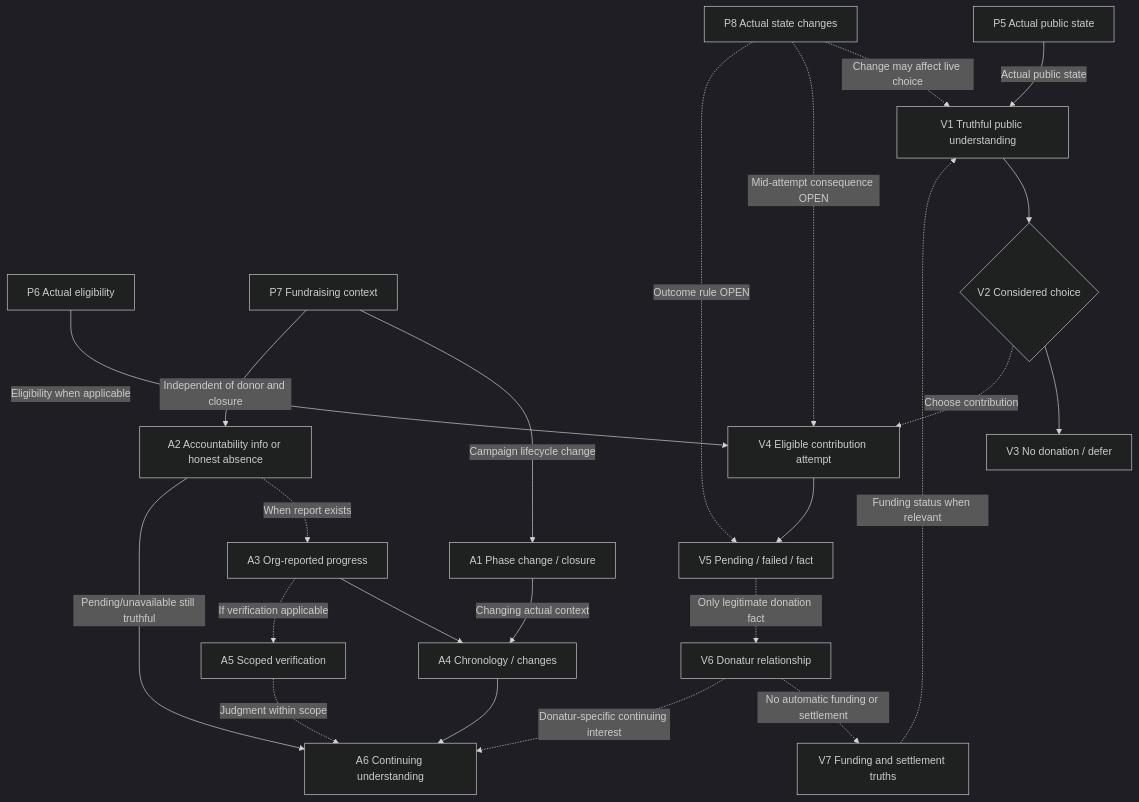
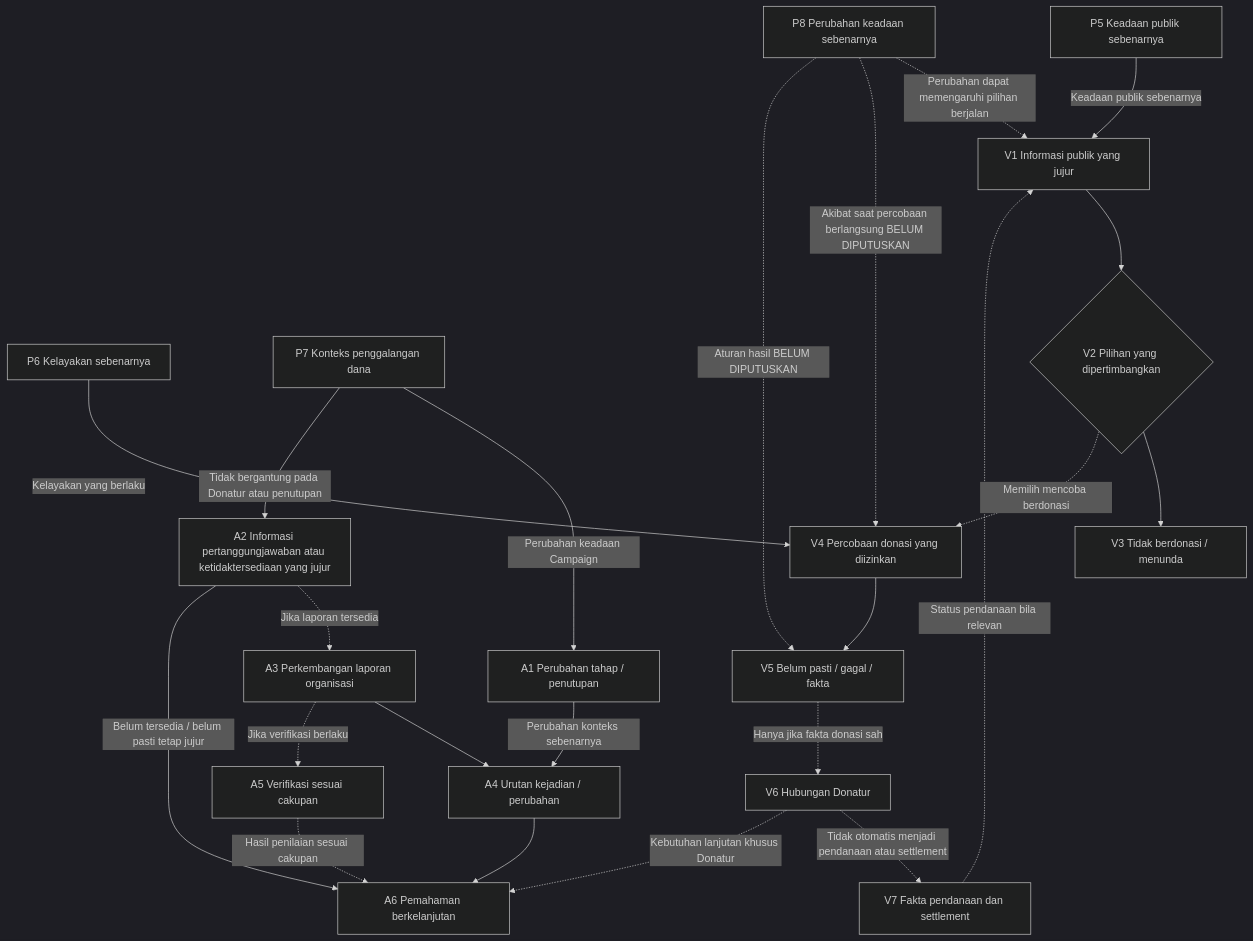
One commit to anhsbolic/kencleng changed the second of 2 diagrams in docs/product/interconnected-journeys/level-2-network.md. Above: the diagram before and after it, drawn with Mermaid (dark theme). The commit also changed other lines of this file, not shown here.

````diff
--- a/docs/product/interconnected-journeys/level-2-network.md
+++ b/docs/product/interconnected-journeys/level-2-network.md
@@ -126,43 +164,43 @@
 ```mermaid
 flowchart TB
-    P5["P5 Actual public state"]
-    P6["P6 Actual eligibility"]
-    P7["P7 Fundraising context"]
-    P8["P8 Actual state changes"]
-    V1["V1 Truthful public understanding"]
-    V2{"V2 Considered choice"}
-    V3["V3 No donation / defer"]
-    V4["V4 Eligible contribution attempt"]
-    V5["V5 Pending / failed / fact"]
-    V6["V6 Donatur relationship"]
-    V7["V7 Funding and settlement truths"]
-    A1["A1 Phase change / closure"]
-    A2["A2 Accountability info or honest absence"]
-    A3["A3 Org-reported progress"]
-    A4["A4 Chronology / changes"]
-    A5["A5 Scoped verification"]
-    A6["A6 Continuing understanding"]
+    P5["P5 Keadaan publik sebenarnya"]
+    P6["P6 Kelayakan sebenarnya"]
+    P7["P7 Konteks penggalangan dana"]
+    P8["P8 Perubahan keadaan sebenarnya"]
+    V1["V1 Informasi publik yang jujur"]
+    V2{"V2 Pilihan yang dipertimbangkan"}
+    V3["V3 Tidak berdonasi / menunda"]
+    V4["V4 Percobaan donasi yang diizinkan"]
+    V5["V5 Belum pasti / gagal / fakta"]
+    V6["V6 Hubungan Donatur"]
+    V7["V7 Fakta pendanaan dan settlement"]
+    A1["A1 Perubahan tahap / penutupan"]
+    A2["A2 Informasi pertanggungjawaban atau ketidaktersediaan yang jujur"]
+    A3["A3 Perkembangan laporan organisasi"]
+    A4["A4 Urutan kejadian / perubahan"]
+    A5["A5 Verifikasi sesuai cakupan"]
+    A6["A6 Pemahaman berkelanjutan"]
 
-    P5 -->|"Actual public state"| V1
-    V7 -. "Funding status when relevant" .-> V1
+    P5 -->|"Keadaan publik sebenarnya"| V1
+    V7 -. "Status pendanaan bila relevan" .-> V1
     V1 --> V2
     V2 --> V3
-    V2 -. "Choose contribution" .-> V4
-    P6 -->|"Eligibility when applicable"| V4
-    P8 -. "Change may affect live choice" .-> V1
-    P8 -. "Mid-attempt consequence OPEN" .-> V4
-    P8 -. "Outcome rule OPEN" .-> V5
+    V2 -. "Memilih mencoba berdonasi" .-> V4
+    P6 -->|"Kelayakan yang berlaku"| V4
+    P8 -. "Perubahan dapat memengaruhi pilihan berjalan" .-> V1
+    P8 -. "Akibat saat percobaan berlangsung BELUM DIPUTUSKAN" .-> V4
+    P8 -. "Aturan hasil BELUM DIPUTUSKAN" .-> V5
     V4 --> V5
-    V5 -. "Only legitimate donation fact" .-> V6
-    V6 -. "No automatic funding or settlement" .-> V7
-    P7 -->|"Campaign lifecycle change"| A1
-    P7 -->|"Independent of donor and closure"| A2
-    A1 -->|"Changing actual context"| A4
-    A2 -. "When report exists" .-> A3
-    A2 -->|"Pending/unavailable still truthful"| A6
+    V5 -. "Hanya jika fakta donasi sah" .-> V6
+    V6 -. "Tidak otomatis menjadi pendanaan atau settlement" .-> V7
+    P7 -->|"Perubahan keadaan Campaign"| A1
+    P7 -->|"Tidak bergantung pada Donatur atau penutupan"| A2
+    A1 -->|"Perubahan konteks sebenarnya"| A4
+    A2 -. "Jika laporan tersedia" .-> A3
+    A2 -->|"Belum tersedia / belum pasti tetap jujur"| A6
     A3 --> A4
-    A3 -. "If verification applicable" .-> A5
+    A3 -. "Jika verifikasi berlaku" .-> A5
     A4 --> A6
-    A5 -. "Judgment within scope" .-> A6
-    V6 -. "Donatur-specific continuing interest" .-> A6
+    A5 -. "Hasil penilaian sesuai cakupan" .-> A6
+    V6 -. "Kebutuhan lanjutan khusus Donatur" .-> A6
 ```
````
